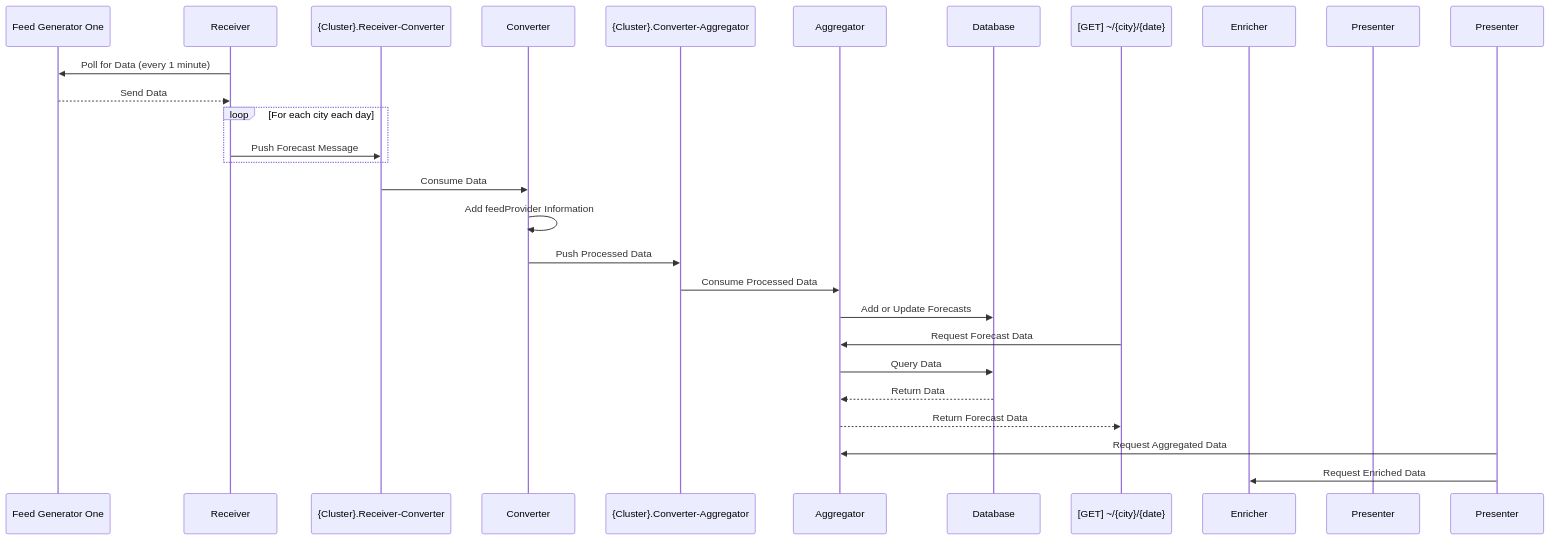
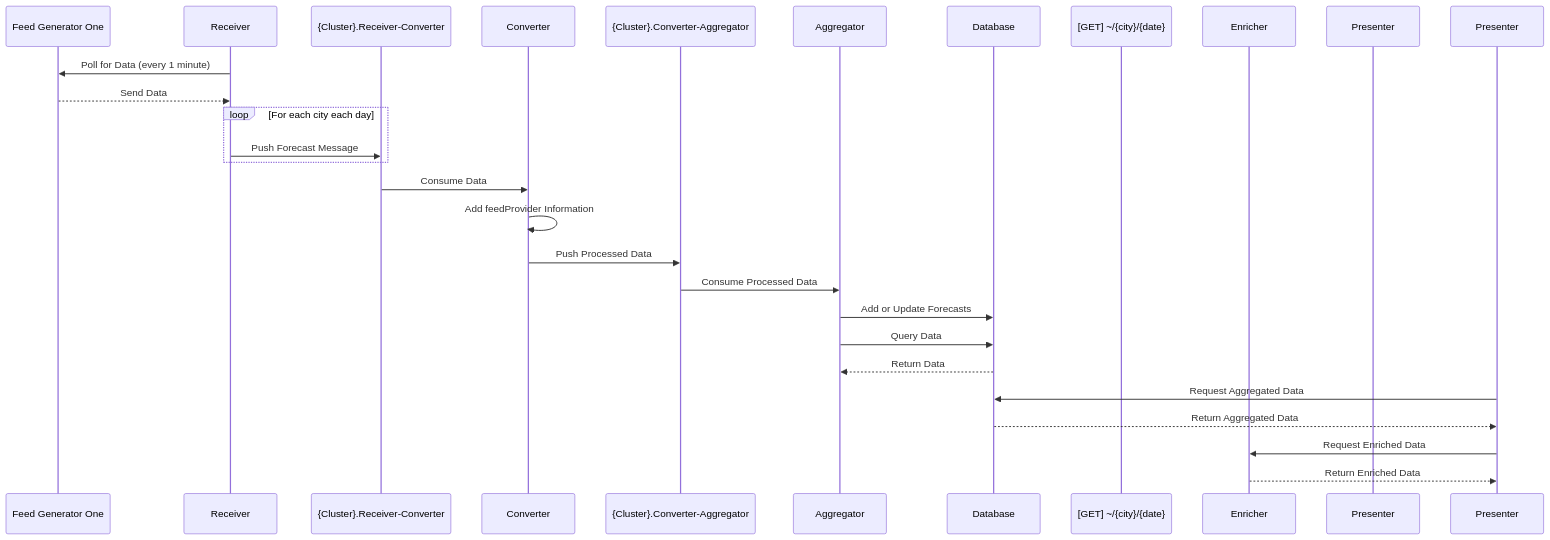
One commit to mak100186/mircroservices.observability changed the second of 3 diagrams in README.md. Above: the diagram before and after it, drawn with Mermaid. The commit also changed other lines of this file, not shown here.

Commit message:
updated upcoming and learning outcomes, updated diagrams and fixed the mistakes

````diff
--- a/README.md
+++ b/README.md
@@ -80,31 +80,33 @@
 ```mermaid
 sequenceDiagram
     participant Feed.Generator.One as Feed Generator One
     participant Microservice.One.Receiver as Receiver
     participant One.Receiver-Converter as {Cluster}.Receiver-Converter
     participant Microservice.One.Converter as Converter
     participant One.Converter-Aggregator as {Cluster}.Converter-Aggregator
     participant Microservice.Aggregation as Aggregator
     participant Aggregation.Persistence as Database
     participant Endpoint as [GET] ~/{city}/{date}
     participant Microservice.Enrichment as Enricher
     participant Microservice.Presenter as Presenter
 
     Microservice.One.Receiver ->> Feed.Generator.One: Poll for Data (every 1 minute)
     Feed.Generator.One -->> Microservice.One.Receiver: Send Data
     loop For each city each day
         Microservice.One.Receiver ->> One.Receiver-Converter: Push Forecast Message
     end
+
     One.Receiver-Converter ->> Microservice.One.Converter: Consume Data
     Microservice.One.Converter ->> Microservice.One.Converter: Add feedProvider Information
     Microservice.One.Converter ->> One.Converter-Aggregator: Push Processed Data
     One.Converter-Aggregator ->> Microservice.Aggregation: Consume Processed Data
     Microservice.Aggregation ->> Aggregation.Persistence: Add or Update Forecasts
-    Endpoint ->> Microservice.Aggregation: Request Forecast Data
     Microservice.Aggregation ->> Aggregation.Persistence: Query Data
     Aggregation.Persistence -->> Microservice.Aggregation: Return Data
-    Microservice.Aggregation -->> Endpoint: Return Forecast Data
-    Presenter ->> Microservice.Aggregation: Request Aggregated Data
+    
+    Presenter ->> Aggregation.Persistence: Request Aggregated Data
+    Aggregation.Persistence -->> Presenter: Return Aggregated Data    
+    
     Presenter ->> Microservice.Enrichment: Request Enriched Data
-
+    Microservice.Enrichment -->> Presenter: Return Enriched Data
 ```
````
